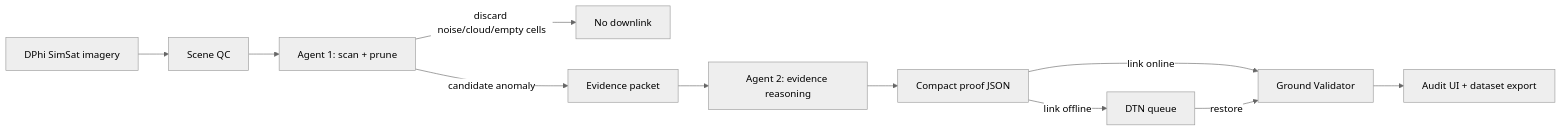
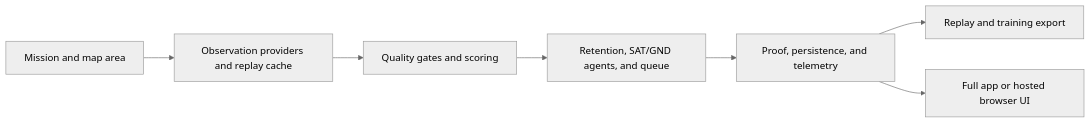
One commit to Shoozes/LFM-ORBIT changed the diagram in docs/dev/ARCHITECTURE.md. Above: the diagram before and after it, drawn with Mermaid (neutral theme). The commit also changed other lines of this file and 28 other files, not shown here.

````diff
--- a/docs/dev/ARCHITECTURE.md
+++ b/docs/dev/ARCHITECTURE.md
@@ -23,13 +7,9 @@
 ```mermaid
 flowchart LR
-  A[DPhi SimSat imagery] --> B[Scene QC]
-  B --> C[Agent 1: scan + prune]
-  C -->|discard noise/cloud/empty cells| D[No downlink]
-  C -->|candidate anomaly| E[Evidence packet]
-  E --> F[Agent 2: evidence reasoning]
-  F --> G[Compact proof JSON]
-  G -->|link online| H[Ground Validator]
-  G -->|link offline| Q[DTN queue]
-  Q -->|restore| H
-  H --> I[Audit UI + dataset export]
+  M[Mission and map area] --> O[Observation providers and replay cache]
+  O --> Q[Quality gates and scoring]
+  Q --> R[Retention, SAT/GND agents, and queue]
+  R --> P[Proof, persistence, and telemetry]
+  P --> X[Replay and training export]
+  P --> U[Full app or hosted browser UI]
 ```
````
